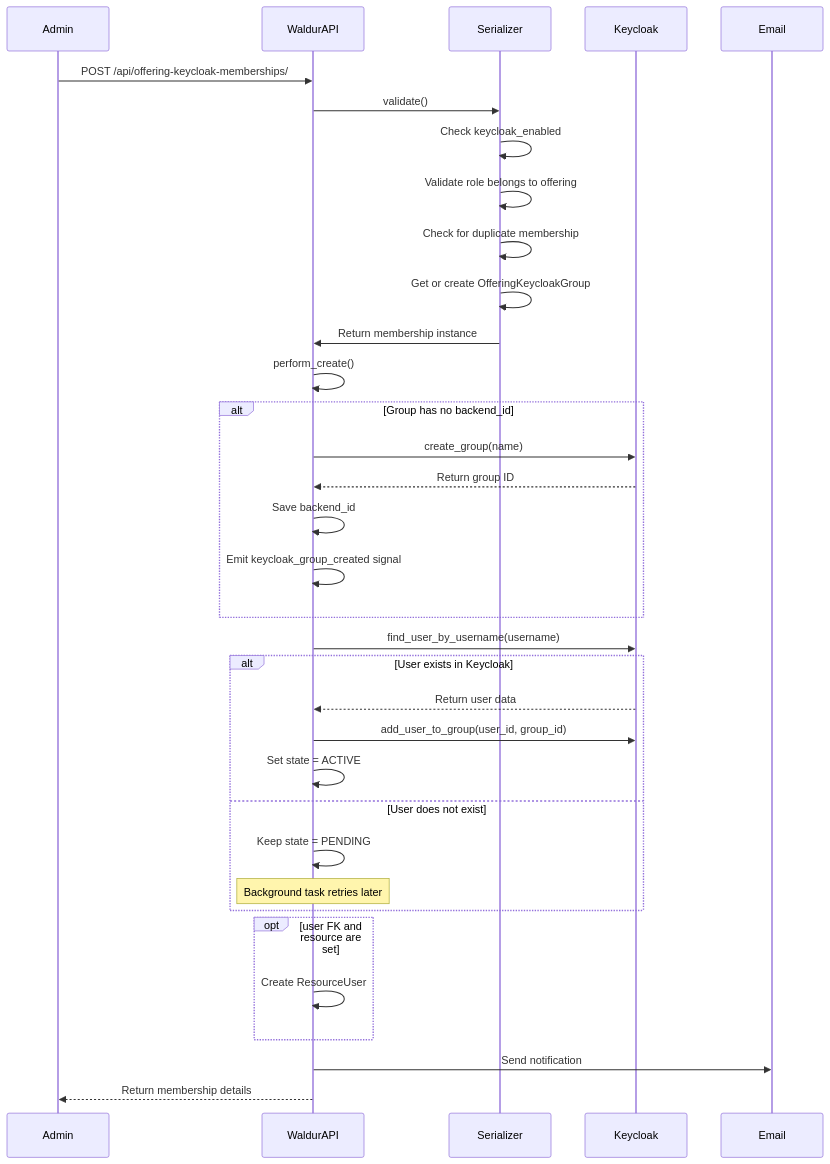
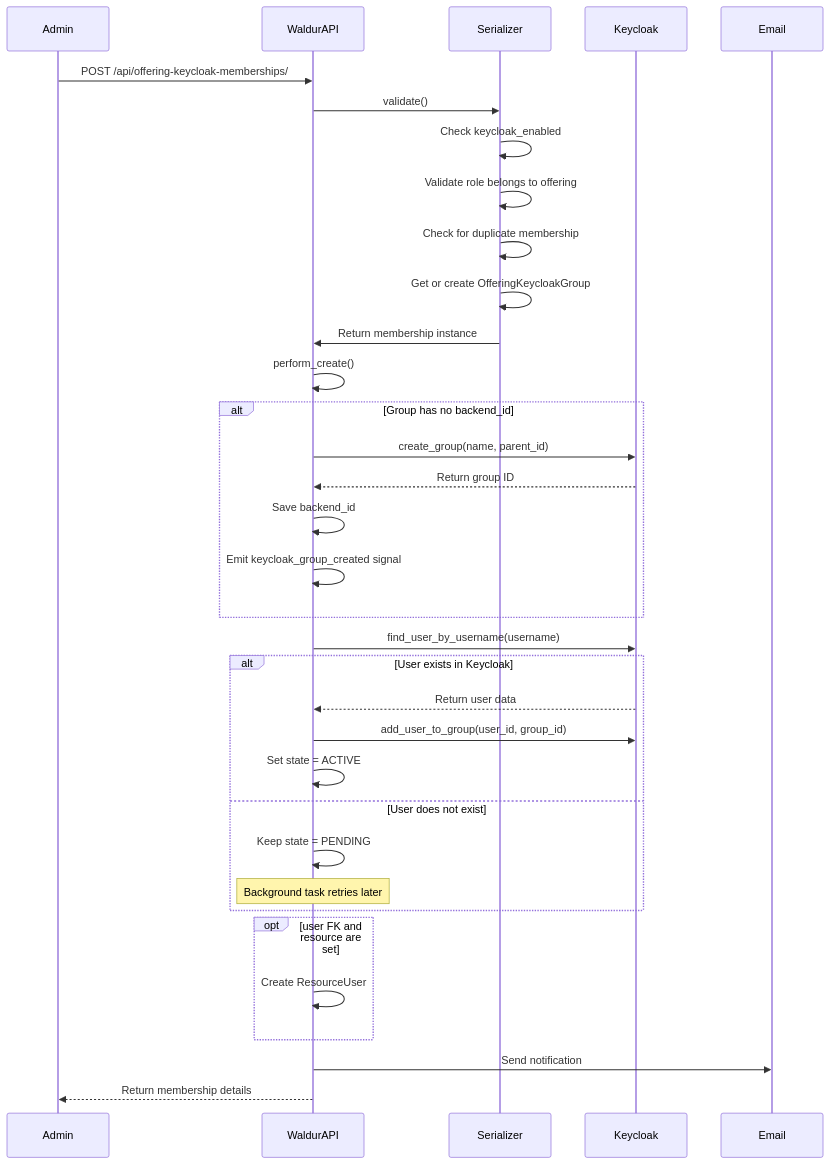
The third of 5 diagrams in docs/plugins/keycloak.md (waldur/waldur-mastermind), drawn with Mermaid before and after one commit. The commit also changed other lines of this file and 2 other files, not shown here.

Commit message:
Update documentation for waldur_keycloak plugin [WAL-9656]

````diff
--- a/docs/plugins/keycloak.md
+++ b/docs/plugins/keycloak.md
@@ -200,44 +270,44 @@
 ```mermaid
 sequenceDiagram
     participant Admin
     participant WaldurAPI
     participant Serializer
     participant Keycloak
     participant Email
 
     Admin->>WaldurAPI: POST /api/offering-keycloak-memberships/
     WaldurAPI->>Serializer: validate()
     Serializer->>Serializer: Check keycloak_enabled
     Serializer->>Serializer: Validate role belongs to offering
     Serializer->>Serializer: Check for duplicate membership
 
     Serializer->>Serializer: Get or create OfferingKeycloakGroup
     Serializer->>WaldurAPI: Return membership instance
 
     WaldurAPI->>WaldurAPI: perform_create()
 
     alt Group has no backend_id
-        WaldurAPI->>Keycloak: create_group(name)
+        WaldurAPI->>Keycloak: create_group(name, parent_id)
         Keycloak-->>WaldurAPI: Return group ID
         WaldurAPI->>WaldurAPI: Save backend_id
         WaldurAPI->>WaldurAPI: Emit keycloak_group_created signal
     end
 
     WaldurAPI->>Keycloak: find_user_by_username(username)
 
     alt User exists in Keycloak
         Keycloak-->>WaldurAPI: Return user data
         WaldurAPI->>Keycloak: add_user_to_group(user_id, group_id)
         WaldurAPI->>WaldurAPI: Set state = ACTIVE
     else User does not exist
         WaldurAPI->>WaldurAPI: Keep state = PENDING
         Note over WaldurAPI: Background task retries later
     end
 
     opt user FK and resource are set
         WaldurAPI->>WaldurAPI: Create ResourceUser
     end
 
     WaldurAPI->>Email: Send notification
     WaldurAPI-->>Admin: Return membership details
 ```
````
